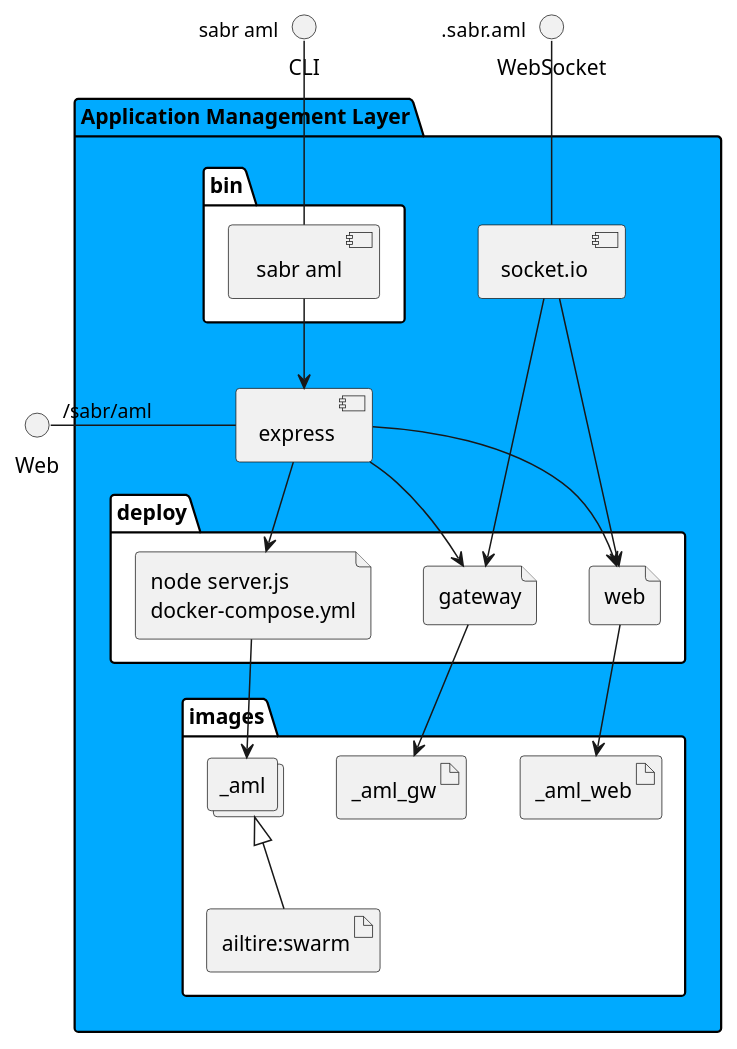
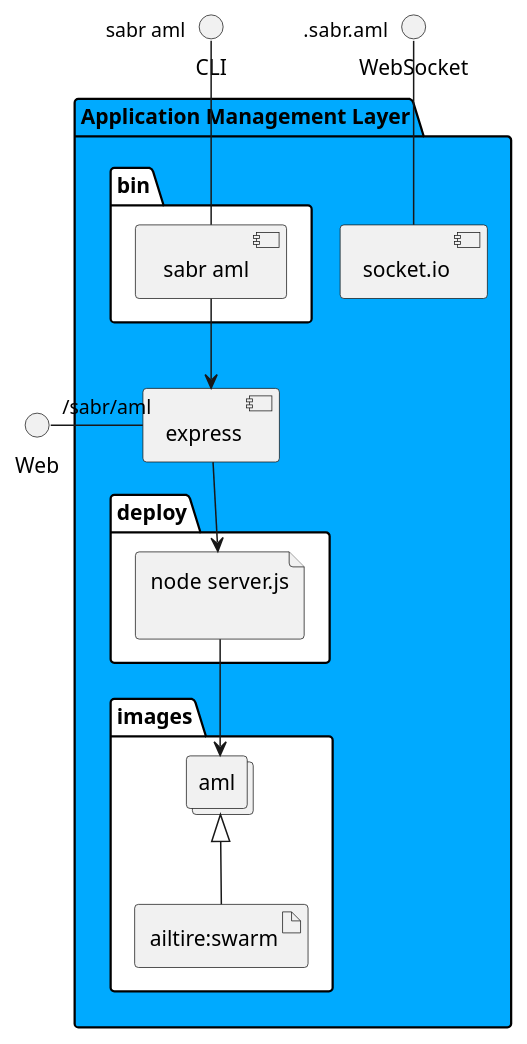
One commit to madajaju/sabr changed the diagram in docs/sabr/aml/envs/prod/physical.puml. Above: the diagram before and after it, drawn with PlantUML. The commit also changed 484 other files, not shown here.

```diff
--- a/docs/sabr/aml/envs/prod/physical.puml
+++ b/docs/sabr/aml/envs/prod/physical.puml
@@ -1,46 +1,32 @@
 @startuml
   interface CLI
   interface Web
   interface WebSocket
 package "Application Management Layer" #00aaff {
   component express as REST
   component socket.io as socket
   folder bin #ffffff {
     component " sabr aml" as binName
   }
   binName --> REST
 
   folder deploy #ffffff {
-      file "node server.js\ndocker-compose.yml" as _aml_container
-      REST --> _aml_container
+      file "node server.js\n" as aml_container
+      REST --> aml_container
 
-  
-    file "web" as web_container
-    REST --> web_container
-    socket ---> web_container
-  
-    file "gateway" as gateway_container
-    REST --> gateway_container
-    socket ---> gateway_container
   
   }
   folder images #ffffff {
-    collections "_aml" as _amlimage
+    collections "aml" as amlimage
     artifact "ailtire:swarm" as ailtireswarm
-    _amlimage <|-- ailtireswarm
-    _aml_container --> _amlimage
+    amlimage <|-- ailtireswarm
+    aml_container --> amlimage
 
   
-      artifact "_aml_web" as _aml_web
-      web_container --> _aml_web
-    
-      artifact "_aml_gw" as _aml_gw
-      gateway_container --> _aml_gw
-    
   }
 }
 CLI " sabr aml" -- binName
 Web "/sabr/aml" - REST
 WebSocket ".sabr.aml" -- socket
 
 @enduml
```
